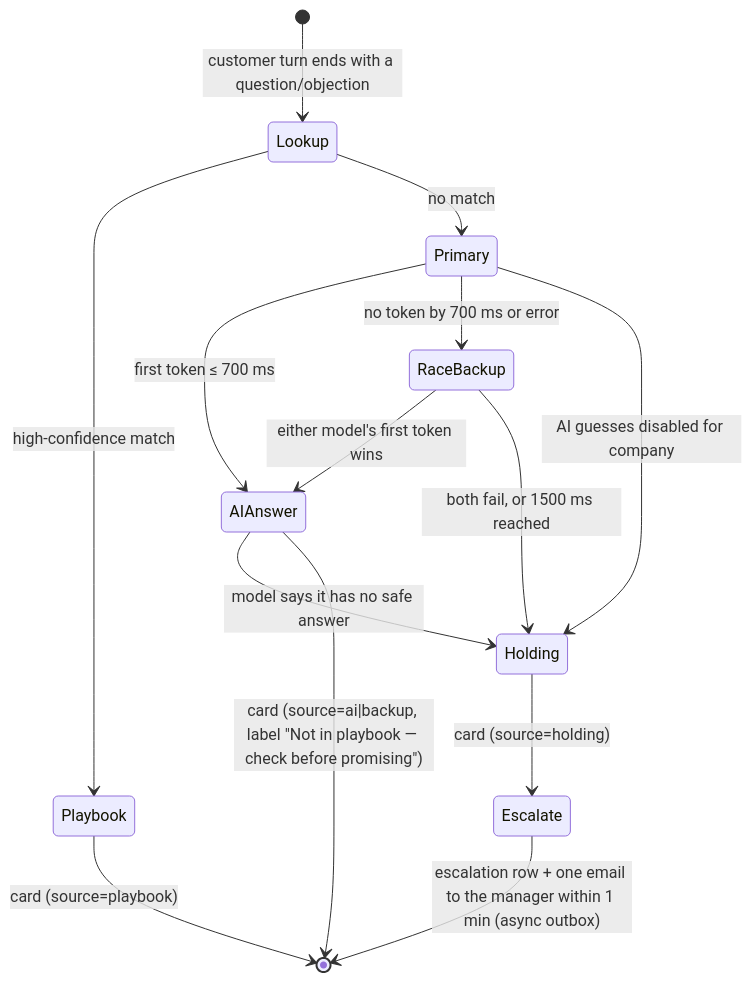
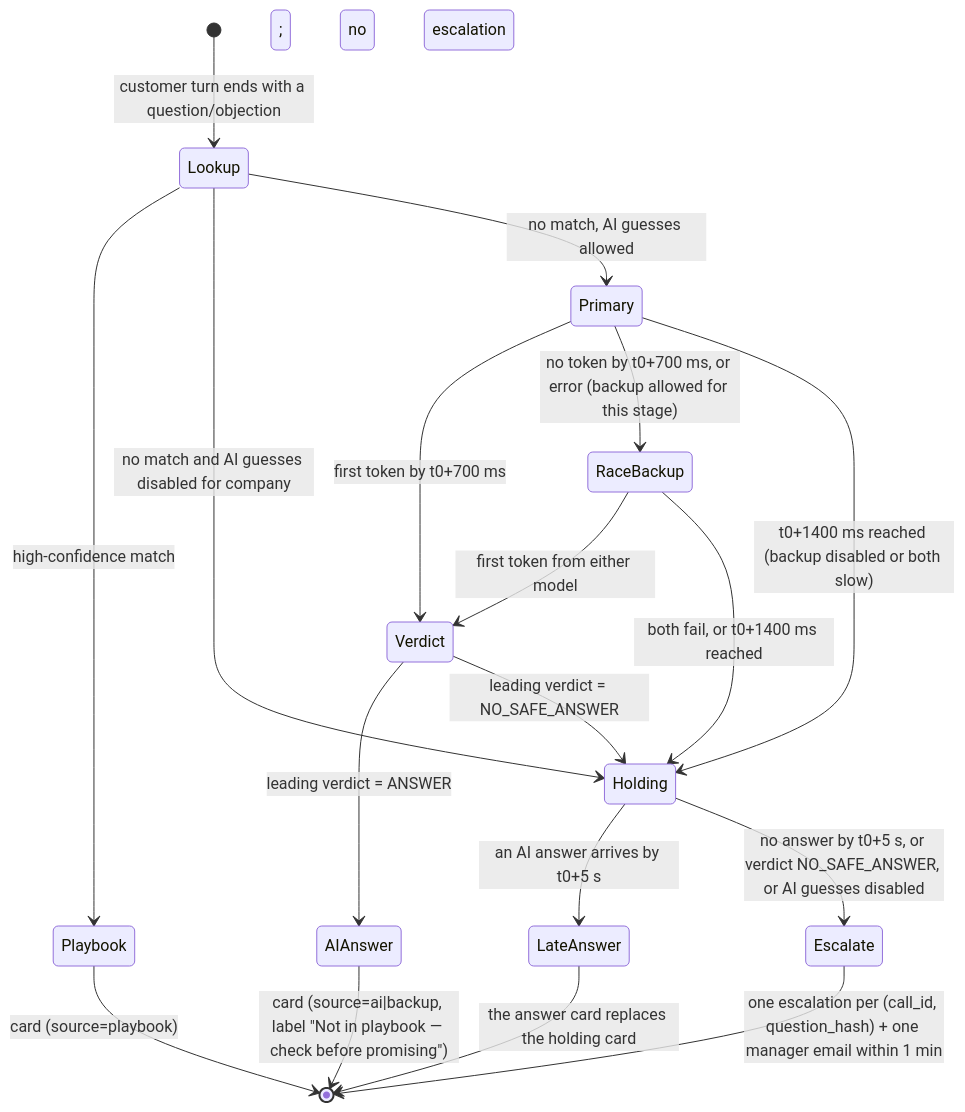
The second of 2 diagrams in docs/ARCHITECTURE.md (Hasdro/sotto), drawn with Mermaid before and after one commit. The commit also changed other lines of this file and 2 other files, not shown here.

First line of the commit message:
docs(architecture): fix review findings — t0 at end of speech, absolute deadlines, warm backup, holding at t0+1400, verdict token, idempotent escalation, echo gating, per-call worker JWT (D-012), token checks, F-18/F-19

````diff
--- a/docs/ARCHITECTURE.md
+++ b/docs/ARCHITECTURE.md
@@ -177,16 +211,20 @@
 ```mermaid
 stateDiagram-v2
     [*] --> Lookup: customer turn ends with a question/objection
     Lookup --> Playbook: high-confidence match
-    Lookup --> Primary: no match
-    Primary --> AIAnswer: first token ≤ 700 ms
-    Primary --> RaceBackup: no token by 700 ms or error
-    RaceBackup --> AIAnswer: either model's first token wins
-    RaceBackup --> Holding: both fail, or 1500 ms reached
-    Primary --> Holding: AI guesses disabled for company
-    AIAnswer --> Holding: model says it has no safe answer
+    Lookup --> Holding: no match and AI guesses disabled for company
+    Lookup --> Primary: no match, AI guesses allowed
+    Primary --> Verdict: first token by t0+700 ms
+    Primary --> RaceBackup: no token by t0+700 ms, or error (backup allowed for this stage)
+    Primary --> Holding: t0+1400 ms reached (backup disabled or both slow)
+    RaceBackup --> Verdict: first token from either model
+    RaceBackup --> Holding: both fail, or t0+1400 ms reached
+    Verdict --> AIAnswer: leading verdict = ANSWER
+    Verdict --> Holding: leading verdict = NO_SAFE_ANSWER
     Playbook --> [*]: card (source=playbook)
     AIAnswer --> [*]: card (source=ai|backup, label "Not in playbook — check before promising")
-    Holding --> Escalate: card (source=holding)
-    Escalate --> [*]: escalation row + one email to the manager within 1 min (async outbox)
+    Holding --> LateAnswer: an AI answer arrives by t0+5 s
+    LateAnswer --> [*]: the answer card replaces the holding card; no escalation
+    Holding --> Escalate: no answer by t0+5 s, or verdict NO_SAFE_ANSWER, or AI guesses disabled
+    Escalate --> [*]: one escalation per (call_id, question_hash) + one manager email within 1 min
 ```
````
